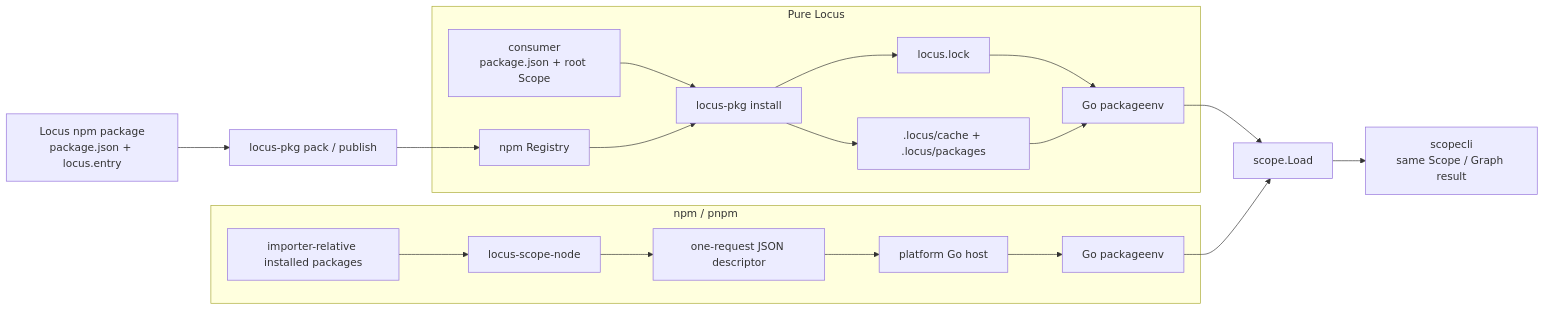
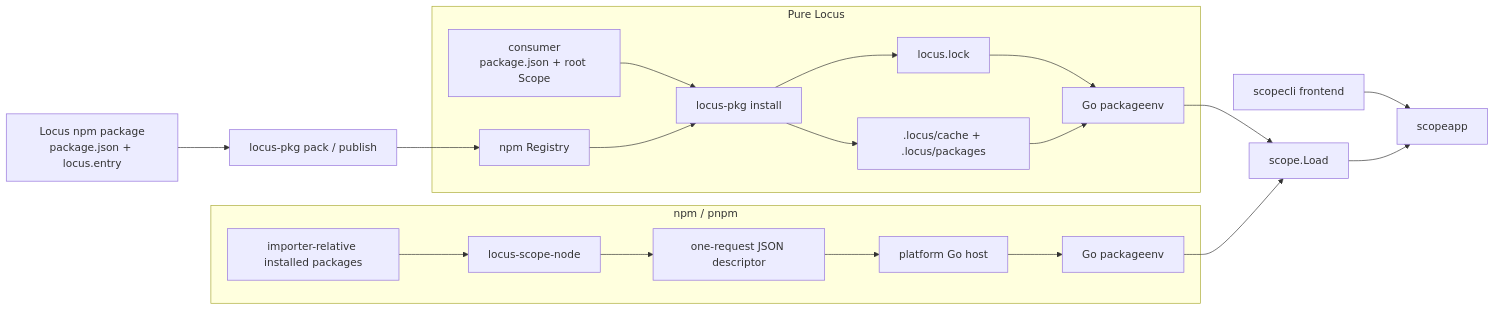
Before and after one commit to SWdrift/locus-scope: the diagram in documents/design/Package设计.md, drawn with Mermaid. The commit also changed other lines of this file and 27 other files, not shown here.

````diff
--- a/documents/design/Package设计.md
+++ b/documents/design/Package设计.md
@@ -15,31 +15,32 @@
 ```mermaid
 flowchart LR
     Source["Locus npm package<br/>package.json + locus.entry"] --> Pack["locus-pkg pack / publish"]
     Pack --> Registry["npm Registry"]
 
     subgraph Pure["Pure Locus"]
         Root["consumer<br/>package.json + root Scope"]
         Install["locus-pkg install"]
         Lock["locus.lock"]
         Store[".locus/cache + .locus/packages"]
         Root --> Install
         Registry --> Install
         Install --> Lock
         Install --> Store
         Lock --> PureEnv["Go packageenv"]
         Store --> PureEnv
     end
 
     subgraph Node["npm / pnpm"]
         Modules["importer-relative installed packages"]
         Adapter["locus-scope-node"]
         Descriptor["one-request JSON descriptor"]
         Host["platform Go host"]
         Modules --> Adapter --> Descriptor --> Host
         Host --> NodeEnv["Go packageenv"]
     end
 
     PureEnv --> Loader["scope.Load"]
     NodeEnv --> Loader
-    Loader --> CLI["scopecli<br/>same Scope / Graph result"]
+    CLI["scopecli frontend"] --> App["scopeapp"]
+    Loader --> App
 ```
````
